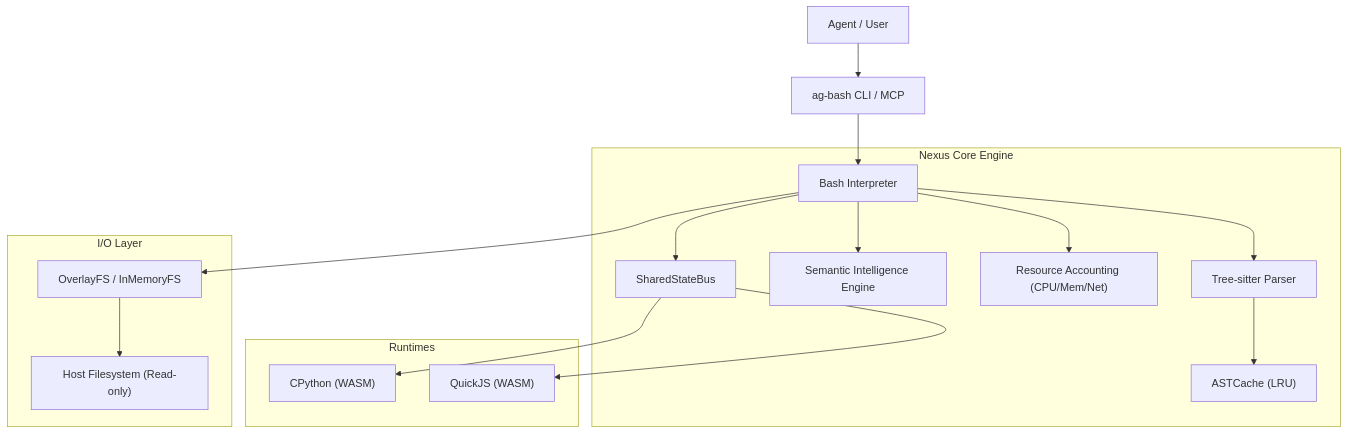
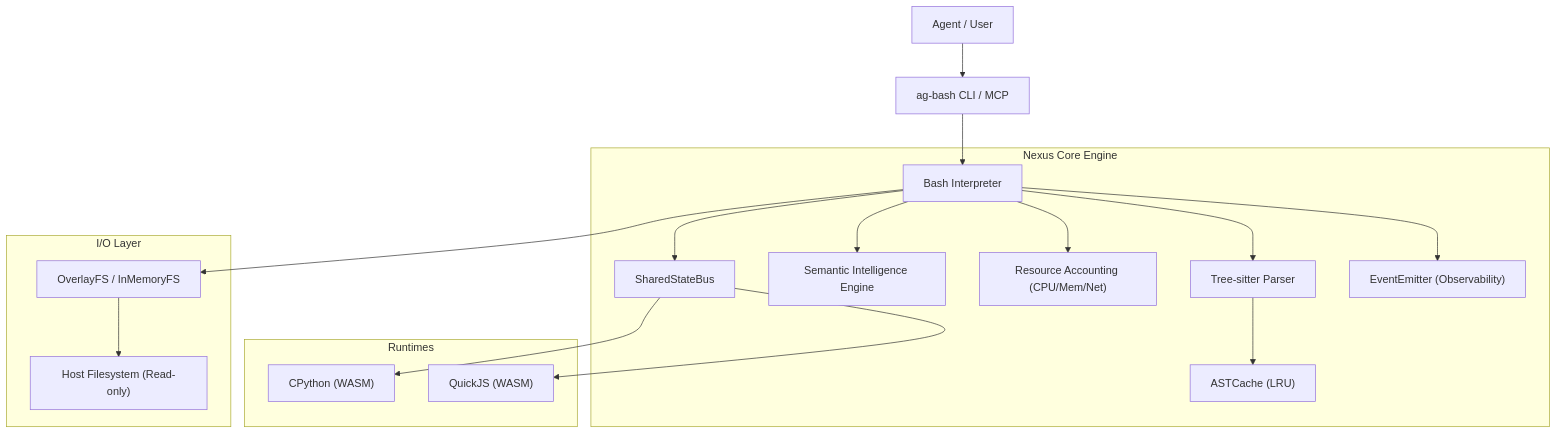
One commit to sairam0424/ag-bash changed the diagram in docs/ARCHITECTURE.md. Above: the diagram before and after it, drawn with Mermaid. The commit also changed other lines of this file and 10 other files, not shown here.

````diff
--- a/docs/ARCHITECTURE.md
+++ b/docs/ARCHITECTURE.md
@@ -11,23 +11,24 @@
 ```mermaid
 graph TD
     User["Agent / User"] --> CLI["ag-bash CLI / MCP"]
     CLI --> Interpreter["Bash Interpreter"]
     
     subgraph "Nexus Core Engine"
         Interpreter --> Parser["Tree-sitter Parser"]
         Parser --> ASTCache["ASTCache (LRU)"]
         Interpreter --> Semantic["Semantic Intelligence Engine"]
         Interpreter --> Accounting["Resource Accounting (CPU/Mem/Net)"]
         Interpreter --> SharedBus["SharedStateBus"]
+        Interpreter --> Events["EventEmitter (Observability)"]
     end
     
     subgraph "Runtimes"
         SharedBus --> Python["CPython (WASM)"]
         SharedBus --> JS["QuickJS (WASM)"]
     end
     
     subgraph "I/O Layer"
         Interpreter --> VFS["OverlayFS / InMemoryFS"]
         VFS --> RealFS["Host Filesystem (Read-only)"]
     end
 ```
````
